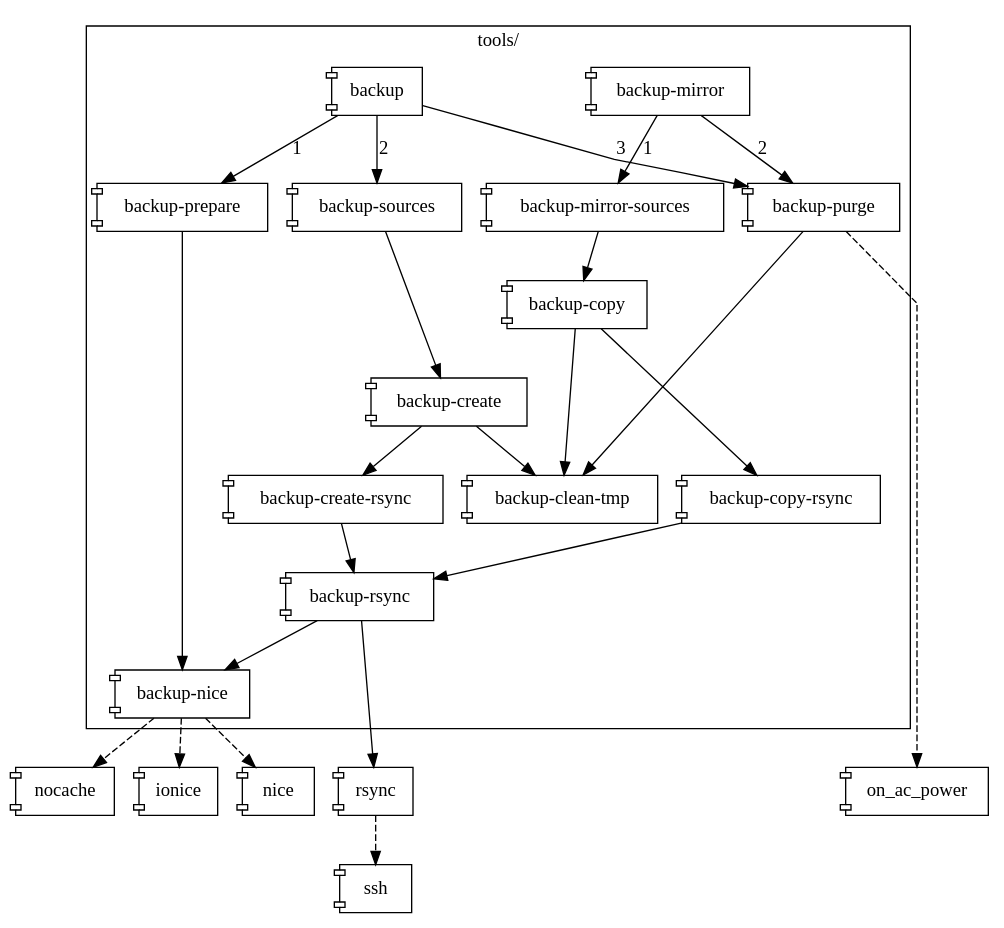
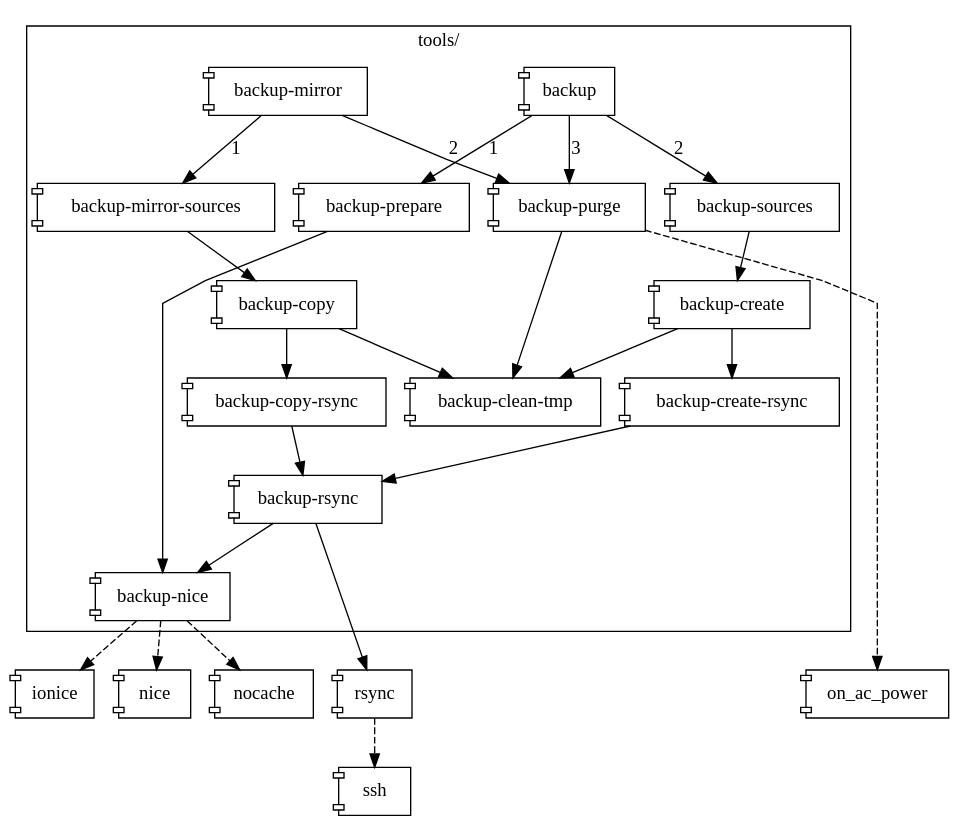
Before and after one commit to eehakkin/rsync-backup: the diagram in tools/doc/backup-all.gv, drawn with Graphviz. The commit also changed 5 other files, not shown here.

Commit message:
Moved common backup directory creation logic to backup-rsync.

```diff
--- a/tools/doc/backup-all.gv
+++ b/tools/doc/backup-all.gv
@@ -1,31 +1,30 @@
 digraph "rsync-backup" {
 	graph	[ splines = polyline ]
 	node	[ shape = component ]
 	subgraph "cluster:tools" {
 		graph	[ label = "tools/" ]
 		node	[ target = "_parent", URL = "../#\N" ]
 		"backup"		-> "backup-prepare"		[ label = 1 ]
 		"backup"		-> "backup-sources"		[ label = 2 ]
 		"backup"		-> "backup-purge"		[ label = 3 ]
 		"backup-copy"		-> "backup-clean-tmp"
-		"backup-copy"		-> "backup-copy-rsync"		[ minlen = 2 ]
-		"backup-copy"		-> "backup-create"		[ style = invis ]
+		"backup-copy"		-> "backup-copy-rsync"
 		"backup-copy-rsync"	-> "backup-rsync"
 		"backup-create"		-> "backup-clean-tmp"
 		"backup-create"		-> "backup-create-rsync"
 		"backup-create-rsync"	-> "backup-rsync"
 		"backup-mirror"		-> "backup-mirror-sources"	[ label = 1 ]
 		"backup-mirror"		-> "backup-purge"		[ label = 2 ]
 		"backup-mirror-sources"	-> "backup-copy"
-		"backup-prepare"	-> "backup-nice"		[ minlen = 5 ]
+		"backup-prepare"	-> "backup-nice"		[ minlen = 4 ]
 		"backup-purge"		-> "backup-clean-tmp"
 		"backup-rsync"		-> "backup-nice"
-		"backup-sources"	-> "backup-create"		[ minlen = 2 ]
+		"backup-sources"	-> "backup-create"
 	}
 	"backup-nice"	-> "ionice"		[ style = dashed ]
 	"backup-nice"	-> "nice"		[ style = dashed ]
 	"backup-nice"	-> "nocache"		[ style = dashed ]
-	"backup-purge"	-> "on_ac_power"	[ minlen = 6, style = dashed ]
+	"backup-purge"	-> "on_ac_power"	[ minlen = 5, style = dashed ]
 	"backup-rsync"	-> "rsync"		[ minlen = 2 ]
 	"rsync"		-> "ssh"		[ style = dashed ]
 }
```
